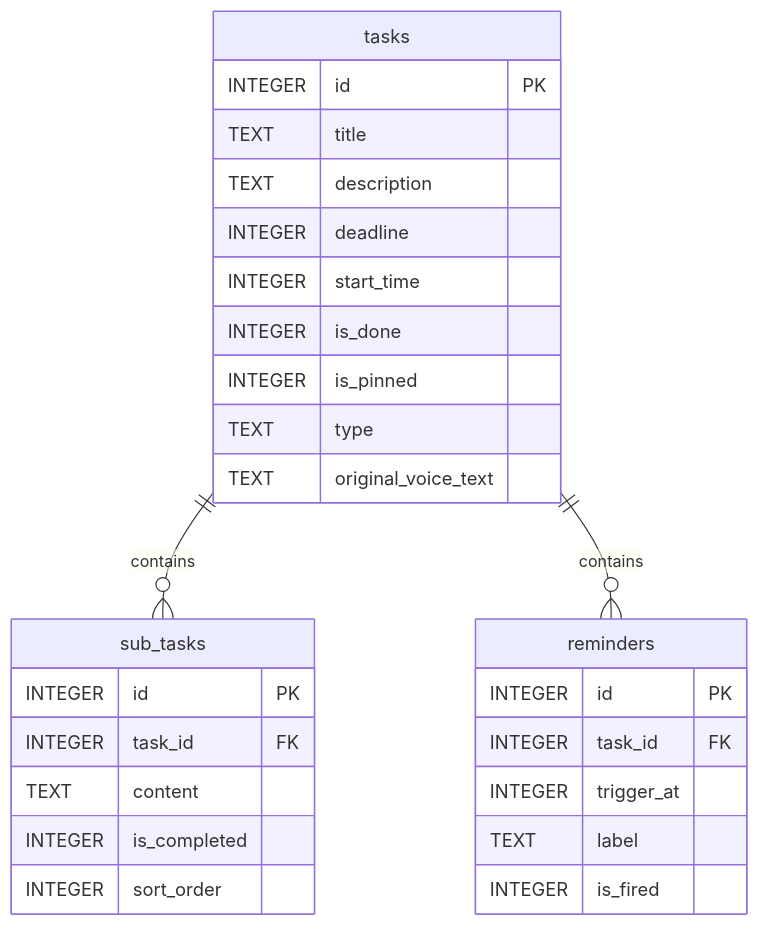
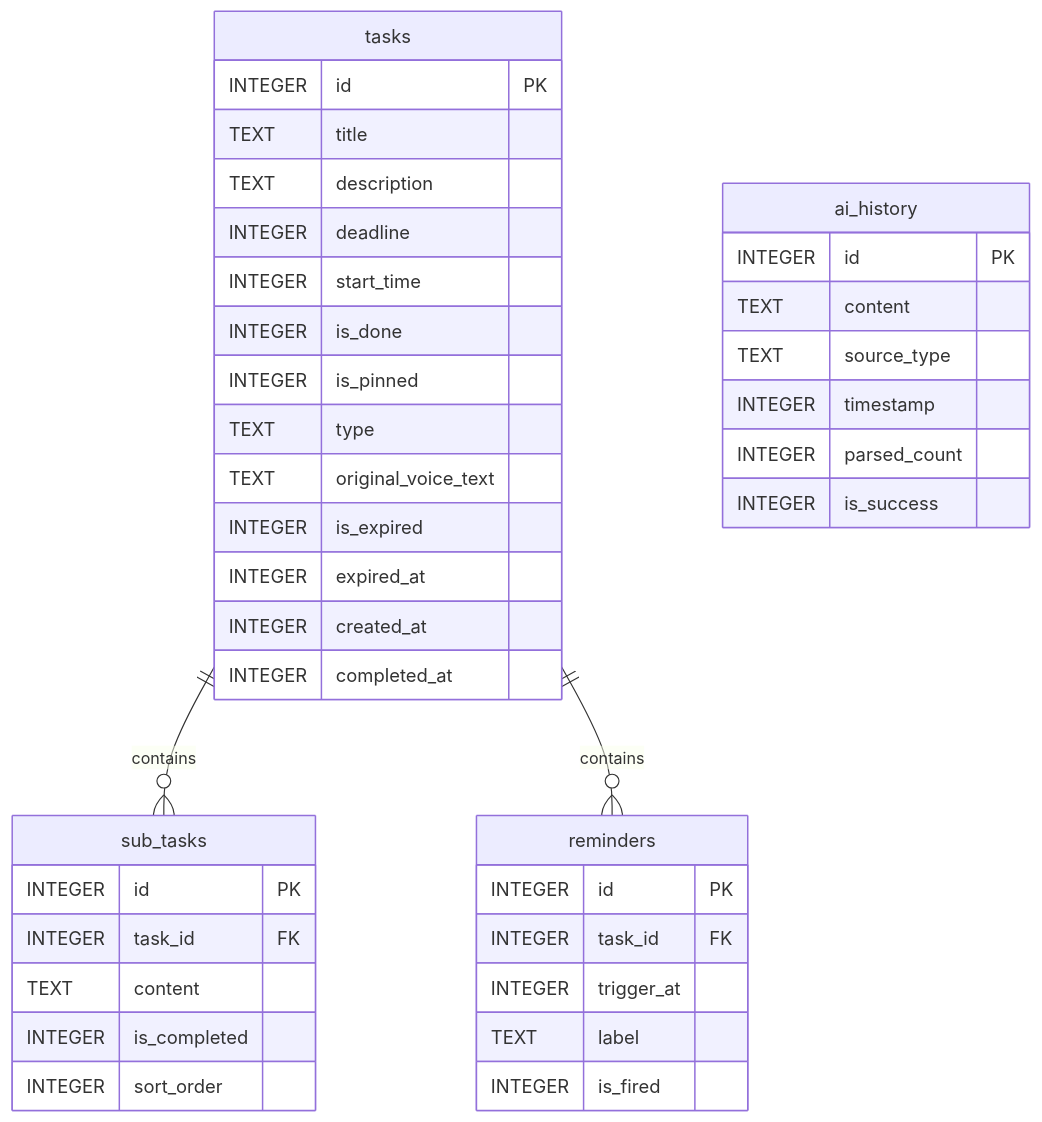
One commit to cdz-hy/LiteTask changed the diagram in docs/DatabaseStructure.md. Above: the diagram before and after it, drawn with Mermaid. The commit also changed other lines of this file and 19 other files, not shown here.

Commit message:
优化README等文档；优化应用图标；版本号更新；

````diff
--- a/docs/DatabaseStructure.md
+++ b/docs/DatabaseStructure.md
@@ -92,33 +121,46 @@
 ```mermaid
 erDiagram
     tasks ||--o{ sub_tasks : contains
     tasks ||--o{ reminders : contains
     
     tasks {
         INTEGER id PK
         TEXT title
         TEXT description
         INTEGER deadline
         INTEGER start_time
         INTEGER is_done
         INTEGER is_pinned
         TEXT type
         TEXT original_voice_text
+        INTEGER is_expired
+        INTEGER expired_at
+        INTEGER created_at
+        INTEGER completed_at
     }
     
     sub_tasks {
         INTEGER id PK
         INTEGER task_id FK
         TEXT content
         INTEGER is_completed
         INTEGER sort_order
     }
     
     reminders {
         INTEGER id PK
         INTEGER task_id FK
         INTEGER trigger_at
         TEXT label
         INTEGER is_fired
     }
+
+    ai_history {
+        INTEGER id PK
+        TEXT content
+        TEXT source_type
+        INTEGER timestamp
+        INTEGER parsed_count
+        INTEGER is_success
+    }
 ```
````
